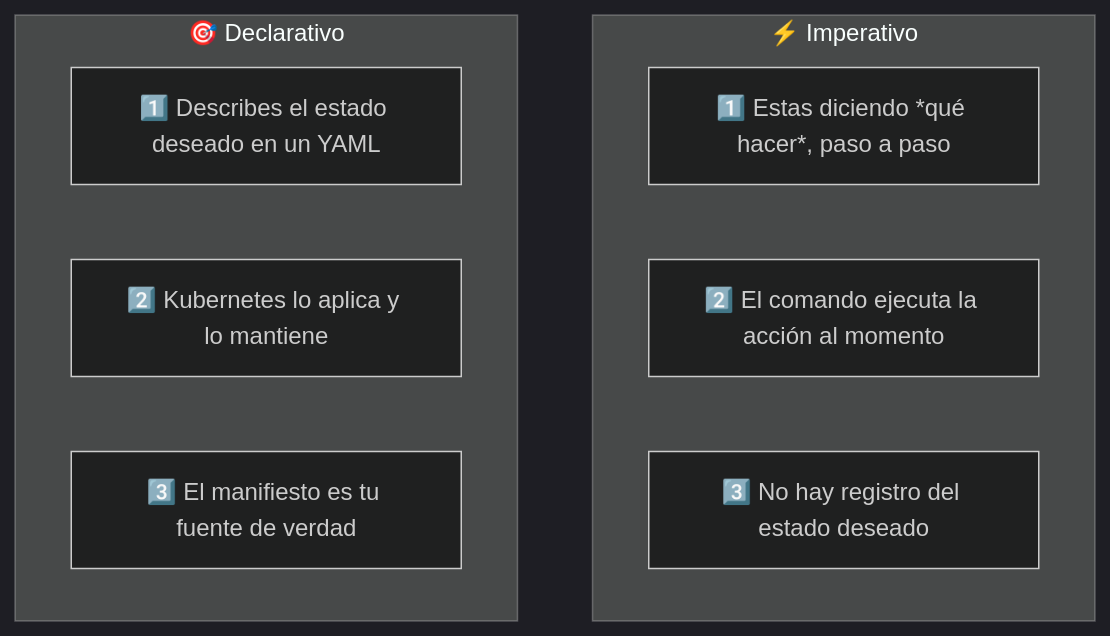
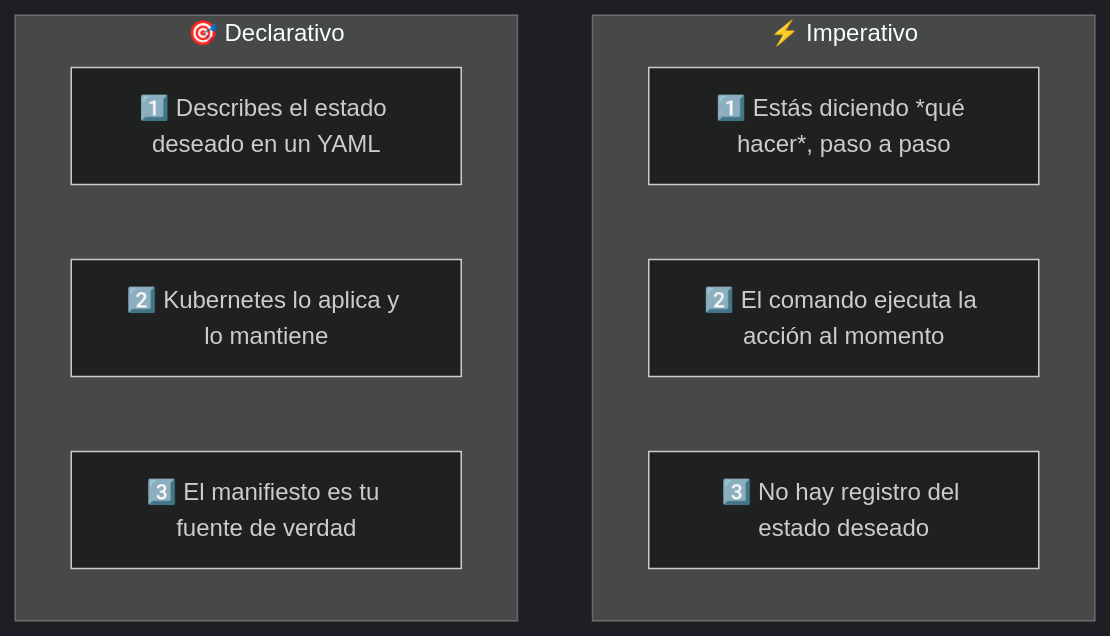
Before and after one commit to afperdomo2/curso-kubernetes-platzi: the first of 3 diagrams in 05-declarative-vs-imperative/README.md, drawn with Mermaid (dark theme). The commit also changed other lines of this file and 5 other files, not shown here.

````diff
--- a/05-declarative-vs-imperative/README.md
+++ b/05-declarative-vs-imperative/README.md
@@ -7,13 +7,13 @@
 ```mermaid
 flowchart TB
     subgraph IMP["⚡ Imperativo"]
-        I1["1️⃣ Estas diciendo *qué hacer*, paso a paso"]
+        I1["1️⃣ Estás diciendo *qué hacer*, paso a paso"]
         I2["2️⃣ El comando ejecuta la acción al momento"]
         I3["3️⃣ No hay registro del estado deseado"]
     end
     subgraph DEC["🎯 Declarativo"]
         D1["1️⃣ Describes el estado deseado en un YAML"]
         D2["2️⃣ Kubernetes lo aplica y lo mantiene"]
         D3["3️⃣ El manifiesto es tu fuente de verdad"]
     end
 ```
````
